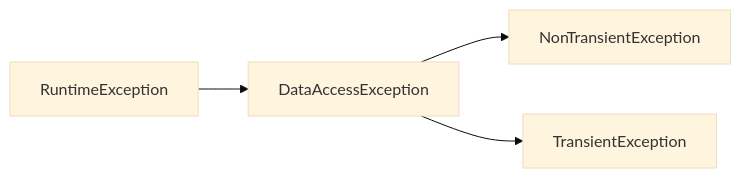
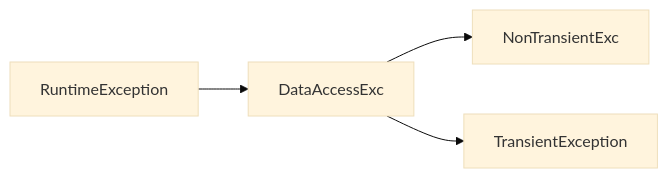
The fourth of 8 diagrams in _posts/spring/2026-05-02-spring-db-1.md (yjkim2015/yjkim2015.github.io), drawn with Mermaid (base theme) before and after one commit. The commit also changed other lines of this file and 245 other files, not shown here.

First line of the commit message:
Mermaid 다이어그램 전면 수정 + 면접 포인트 접기/펼치기 + DB 데드락 페이지

````diff
--- a/_posts/spring/2026-05-02-spring-db-1.md
+++ b/_posts/spring/2026-05-02-spring-db-1.md
@@ -548,6 +548,6 @@
 ```mermaid
 graph LR
-    RE["RuntimeException"] --> DAE["DataAccessException"]
-    DAE --> NTE["NonTransientException"]
+    RE["RuntimeException"] --> DAE["DataAccessExc"]
+    DAE --> NTE["NonTransientExc"]
     DAE --> TE["TransientException"]
 ```
````
